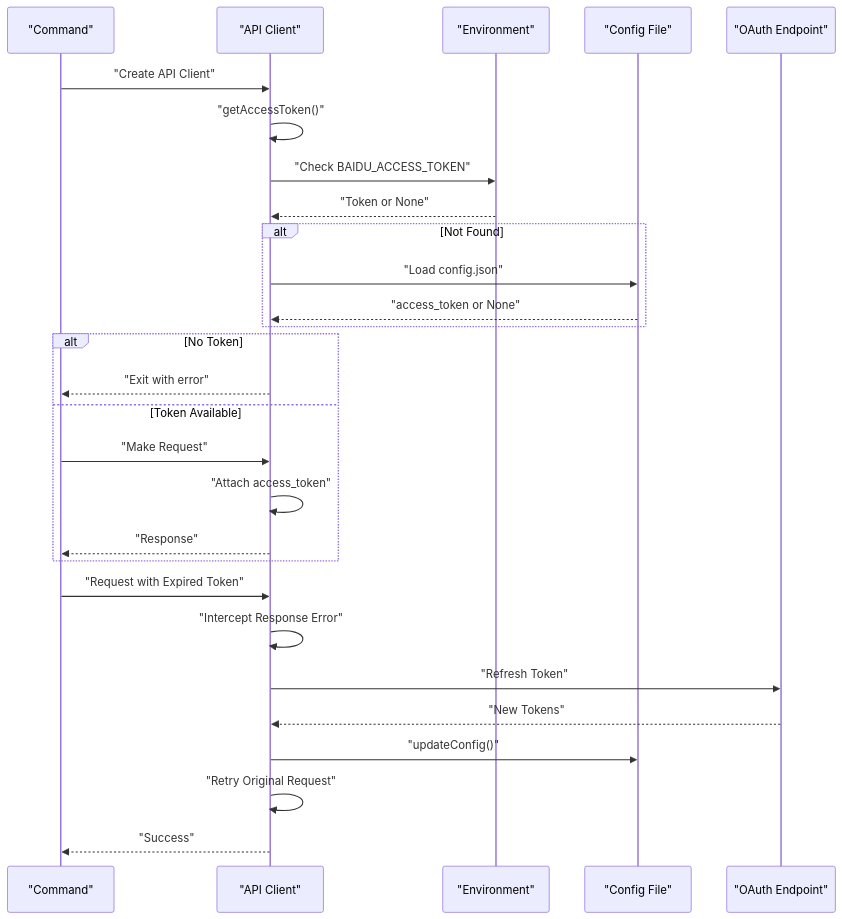
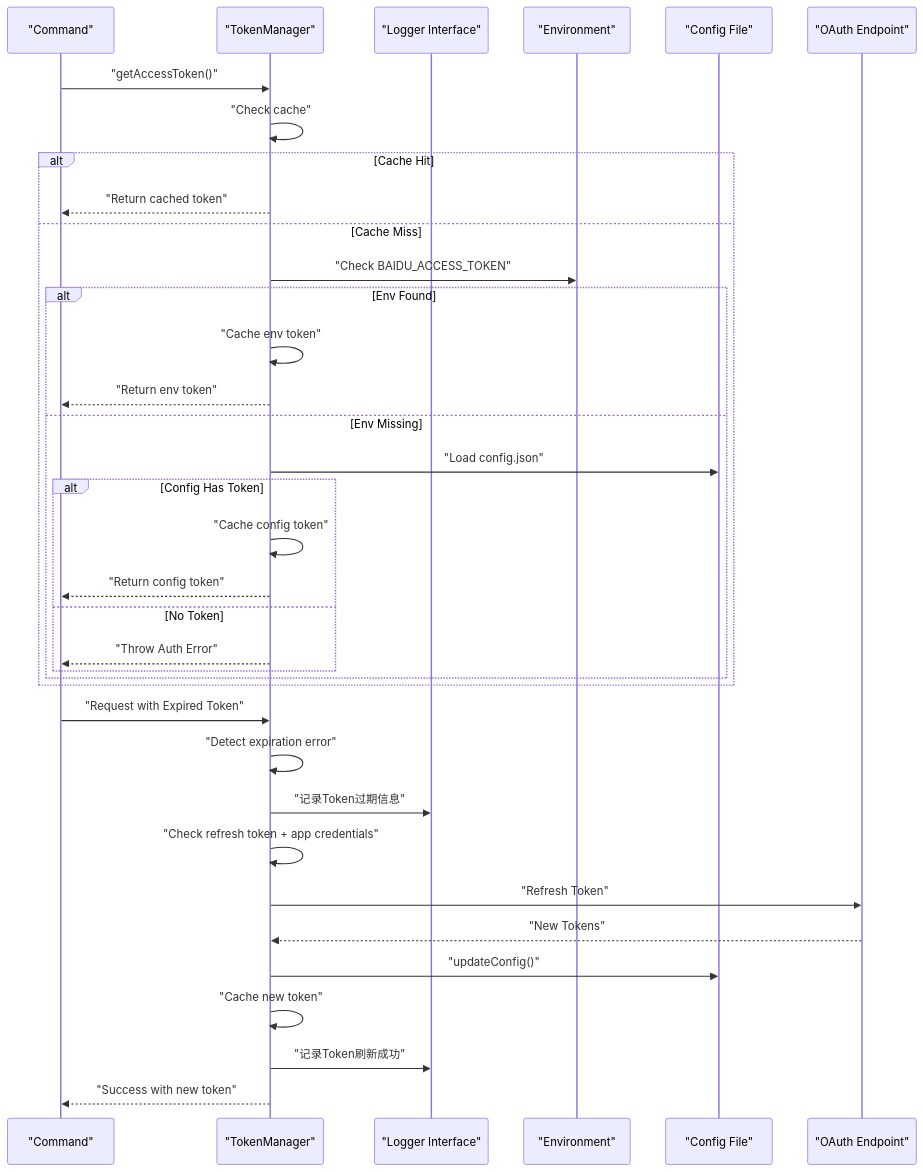
Before and after one commit to yuexiaoliang/baiduwangpan-manager: the sixth of 9 diagrams in .qoder/repowiki/en/content/Configuration Management/Configuration Management.md, drawn with Mermaid. The commit also changed other lines of this file and 30 other files, not shown here.

````diff
--- a/.qoder/repowiki/en/content/Configuration Management/Configuration Management.md
+++ b/.qoder/repowiki/en/content/Configuration Management/Configuration Management.md
@@ -229,30 +348,38 @@
 ```mermaid
 sequenceDiagram
 participant Cmd as "Command"
-participant Client as "API Client"
+participant TokenMgr as "TokenManager"
+participant Logger as "Logger Interface"
 participant Env as "Environment"
 participant Cfg as "Config File"
 participant OAuth as "OAuth Endpoint"
-Cmd->>Client : "Create API Client"
-Client->>Client : "getAccessToken()"
-Client->>Env : "Check BAIDU_ACCESS_TOKEN"
-Env-->>Client : "Token or None"
-alt Not Found
-Client->>Cfg : "Load config.json"
-Cfg-->>Client : "access_token or None"
+Cmd->>TokenMgr : "getAccessToken()"
+TokenMgr->>TokenMgr : "Check cache"
+alt Cache Hit
+TokenMgr-->>Cmd : "Return cached token"
+else Cache Miss
+TokenMgr->>Env : "Check BAIDU_ACCESS_TOKEN"
+alt Env Found
+TokenMgr->>TokenMgr : "Cache env token"
+TokenMgr-->>Cmd : "Return env token"
+else Env Missing
+TokenMgr->>Cfg : "Load config.json"
+alt Config Has Token
+TokenMgr->>TokenMgr : "Cache config token"
+TokenMgr-->>Cmd : "Return config token"
+else No Token
+TokenMgr-->>Cmd : "Throw Auth Error"
 end
-alt No Token
-Client-->>Cmd : "Exit with error"
-else Token Available
-Cmd->>Client : "Make Request"
-Client->>Client : "Attach access_token"
-Client-->>Cmd : "Response"
 end
-Cmd->>Client : "Request with Expired Token"
-Client->>Client : "Intercept Response Error"
-Client->>OAuth : "Refresh Token"
-OAuth-->>Client : "New Tokens"
-Client->>Cfg : "updateConfig()"
-Client->>Client : "Retry Original Request"
-Client-->>Cmd : "Success"
+end
+Cmd->>TokenMgr : "Request with Expired Token"
+TokenMgr->>TokenMgr : "Detect expiration error"
+TokenMgr->>Logger : "记录Token过期信息"
+TokenMgr->>TokenMgr : "Check refresh token + app credentials"
+TokenMgr->>OAuth : "Refresh Token"
+OAuth-->>TokenMgr : "New Tokens"
+TokenMgr->>Cfg : "updateConfig()"
+TokenMgr->>TokenMgr : "Cache new token"
+TokenMgr->>Logger : "记录Token刷新成功"
+TokenMgr-->>Cmd : "Success with new token"
 ```
````
